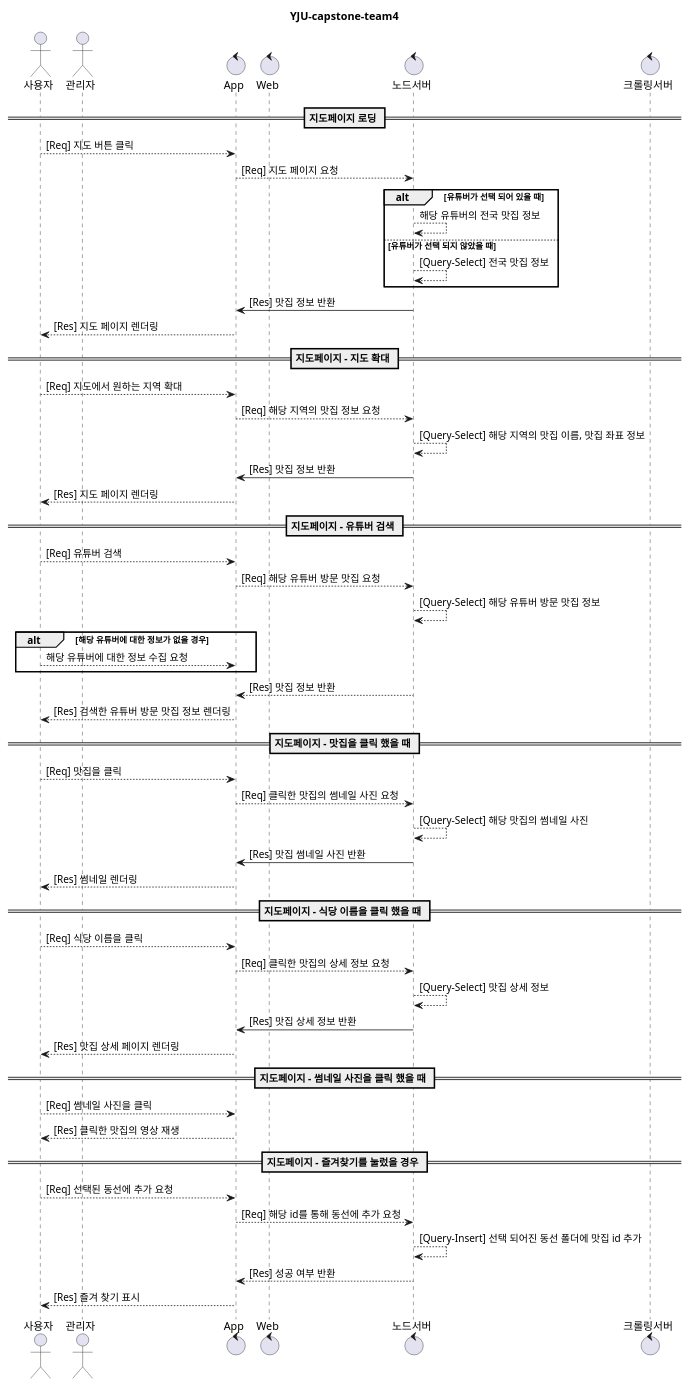
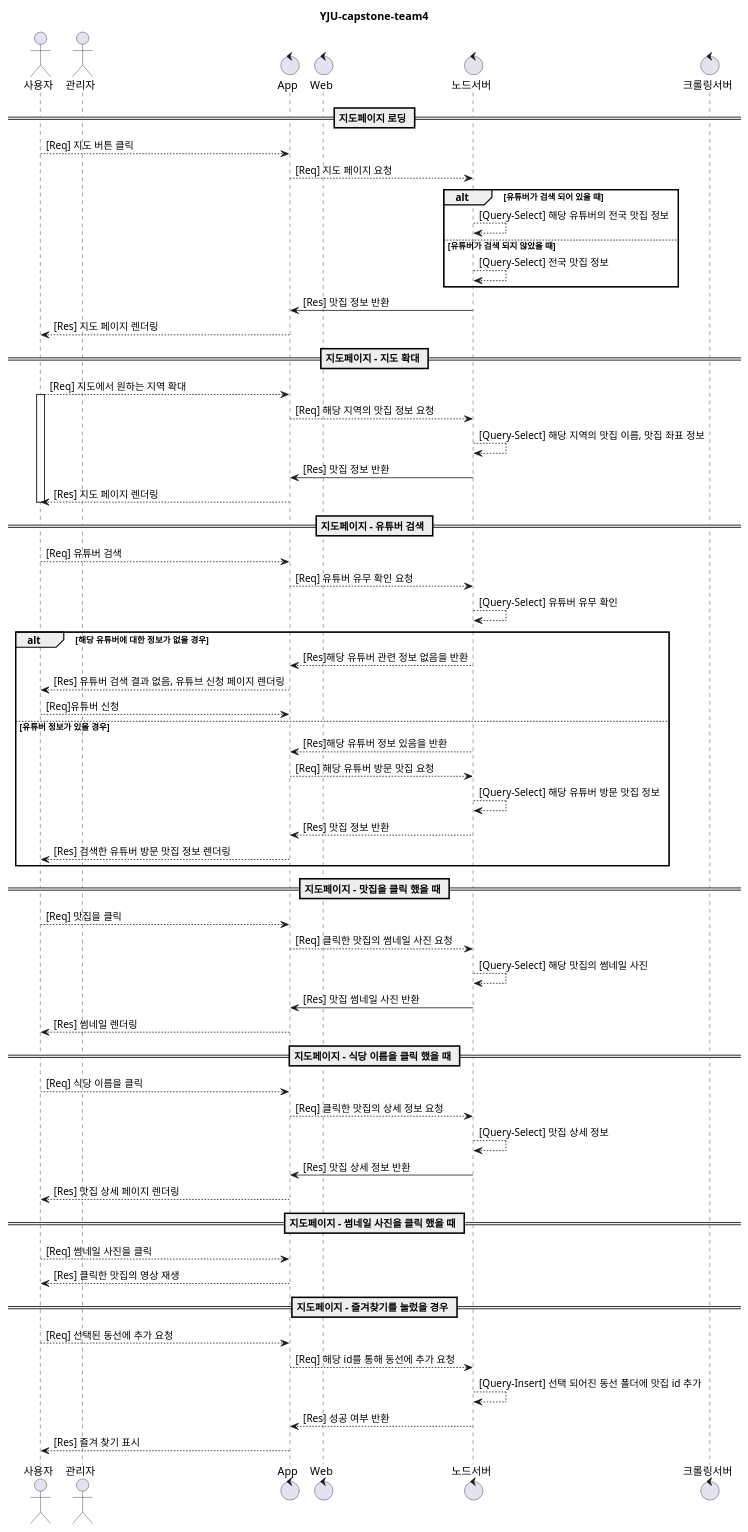
One commit to YJU-capstone-team4/Node.js-project-Server changed the diagram in six.wsd. Above: the diagram before and after it, drawn with PlantUML. The commit also changed 1 other file, not shown here.

Commit message:
Feature :: 시퀀스다이어그램 두번째 수정

```diff
--- a/six.wsd
+++ b/six.wsd
@@ -2,67 +2,74 @@
 @startuml
 
 title YJU-capstone-team4
 
 actor 사용자 as User
 actor 관리자 as Admin
 
 control App
 control Web
 control 노드서버 as Node
 control 크롤링서버 as Lamda
 
 == 지도페이지 로딩 ==
 User --> App : [Req] 지도 버튼 클릭
 App --> Node : [Req] 지도 페이지 요청
-    alt 유튜버가 선택 되어 있을 때
-        Node --> Node : 해당 유튜버의 전국 맛집 정보
-    else 유튜버가 선택 되지 않았을 때
+    alt 유튜버가 검색 되어 있을 때
+        Node --> Node : [Query-Select] 해당 유튜버의 전국 맛집 정보
+    else 유튜버가 검색 되지 않았을 때
         Node --> Node : [Query-Select] 전국 맛집 정보
     end
 Node -> App : [Res] 맛집 정보 반환
 App --> User : [Res] 지도 페이지 렌더링
 
 == 지도페이지 - 지도 확대 ==
 User --> App : [Req] 지도에서 원하는 지역 확대
+activate User
 App --> Node : [Req] 해당 지역의 맛집 정보 요청
     Node --> Node : [Query-Select] 해당 지역의 맛집 이름, 맛집 좌표 정보
 Node -> App : [Res] 맛집 정보 반환
 App --> User : [Res] 지도 페이지 렌더링
+deactivate User
 
 == 지도페이지 - 유튜버 검색 ==
 User --> App : [Req] 유튜버 검색
-App --> Node : [Req] 해당 유튜버 방문 맛집 요청
-    Node --> Node : [Query-Select] 해당 유튜버 방문 맛집 정보
+App --> Node : [Req] 유튜버 유무 확인 요청
+    Node --> Node :  [Query-Select] 유튜버 유무 확인
         alt 해당 유튜버에 대한 정보가 없을 경우
-            User --> App : 해당 유튜버에 대한 정보 수집 요청
+            Node --> App : [Res]해당 유튜버 관련 정보 없음을 반환
+            App --> User : [Res] 유튜버 검색 결과 없음, 유튜브 신청 페이지 렌더링 
+            User --> App : [Req]유튜버 신청
+        else 유튜버 정보가 있을 경우
+            Node --> App : [Res]해당 유튜버 정보 있음을 반환
+            App --> Node : [Req] 해당 유튜버 방문 맛집 요청
+                Node --> Node : [Query-Select] 해당 유튜버 방문 맛집 정보
+            Node --> App : [Res] 맛집 정보 반환
+            App --> User : [Res] 검색한 유튜버 방문 맛집 정보 렌더링
         end
-Node --> App : [Res] 맛집 정보 반환
-App --> User : [Res] 검색한 유튜버 방문 맛집 정보 렌더링
-
 
 == 지도페이지 - 맛집을 클릭 했을 때 ==
 User --> App : [Req] 맛집을 클릭
 App --> Node : [Req] 클릭한 맛집의 썸네일 사진 요청
     Node --> Node : [Query-Select] 해당 맛집의 썸네일 사진
 Node -> App : [Res] 맛집 썸네일 사진 반환
 App --> User : [Res] 썸네일 렌더링
 
 == 지도페이지 - 식당 이름을 클릭 했을 때 ==
 User --> App : [Req] 식당 이름을 클릭
 App --> Node : [Req] 클릭한 맛집의 상세 정보 요청
     Node --> Node : [Query-Select] 맛집 상세 정보
 Node -> App : [Res] 맛집 상세 정보 반환
 App --> User : [Res] 맛집 상세 페이지 렌더링
 
 == 지도페이지 - 썸네일 사진을 클릭 했을 때 ==
 User --> App : [Req] 썸네일 사진을 클릭
 App --> User : [Res] 클릭한 맛집의 영상 재생
 
 == 지도페이지 - 즐겨찾기를 눌렀을 경우 ==
 User --> App : [Req] 선택된 동선에 추가 요청
 App --> Node : [Req] 해당 id를 통해 동선에 추가 요청
     Node --> Node : [Query-Insert] 선택 되어진 동선 폴더에 맛집 id 추가
 Node --> App : [Res] 성공 여부 반환
 App --> User : [Res] 즐겨 찾기 표시
 
 @enduml
```
